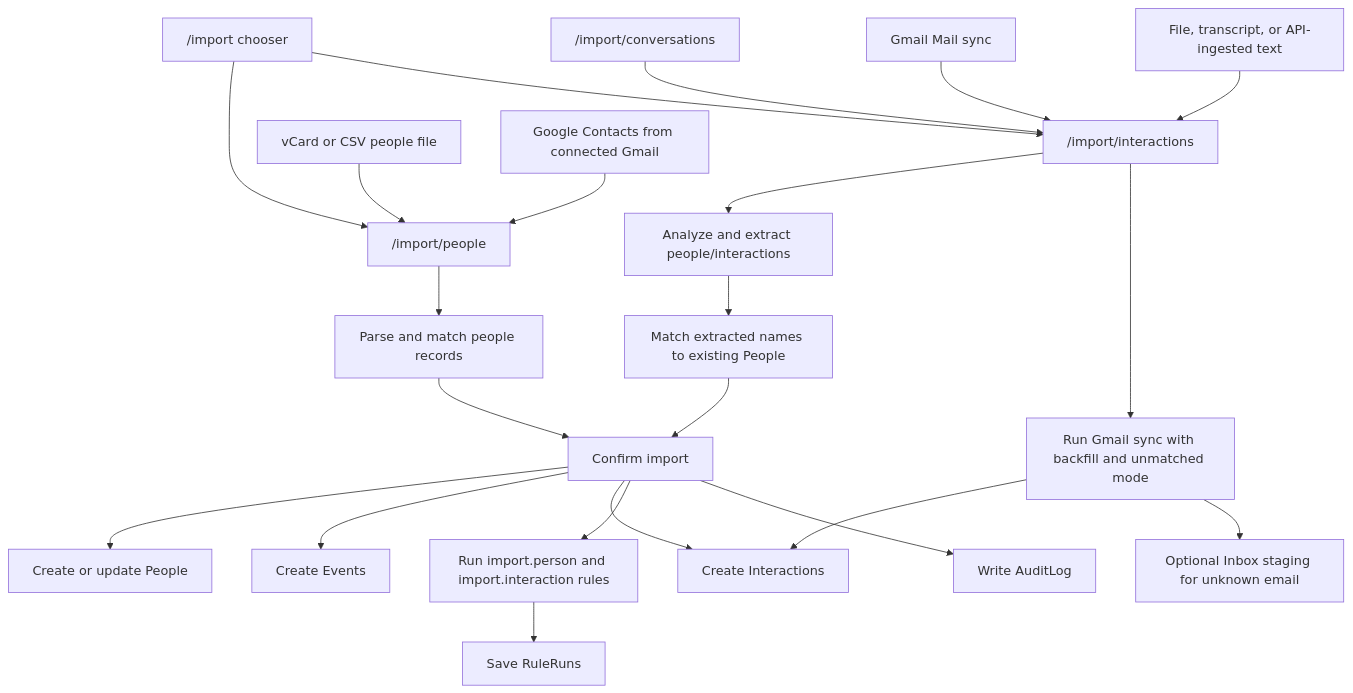
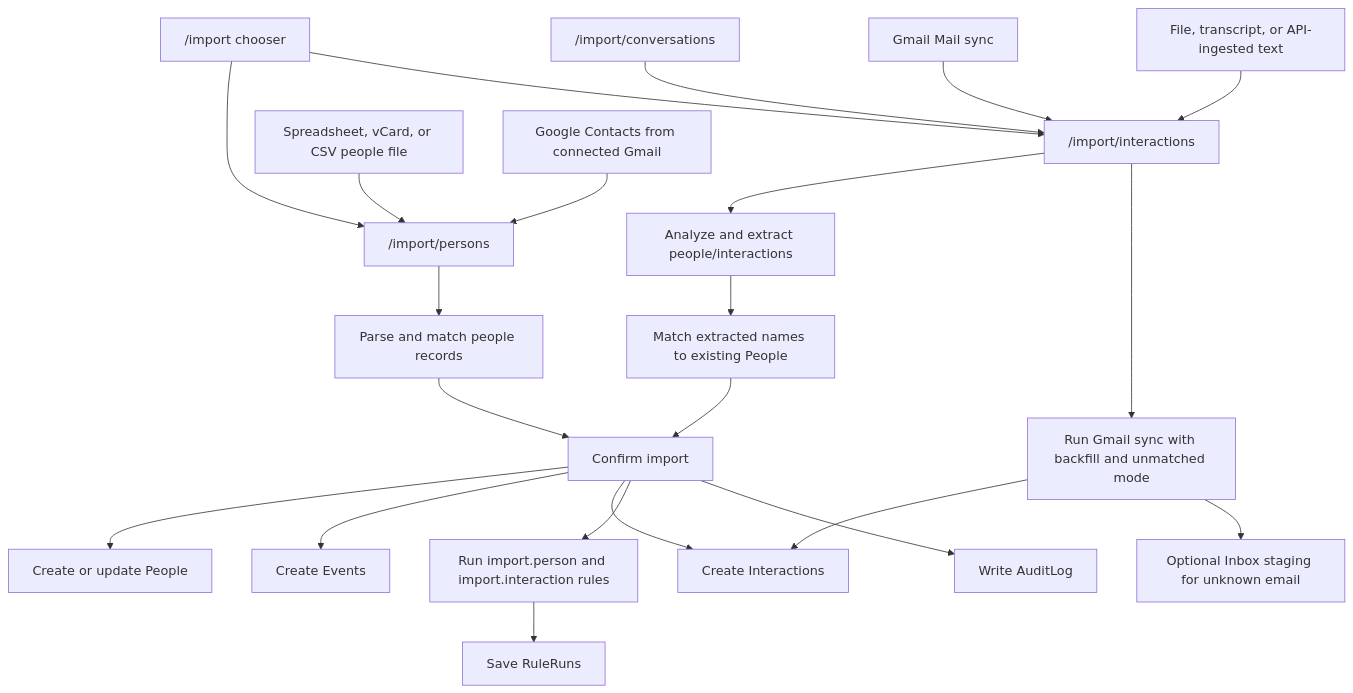
Before and after one commit to josephdfryer/life-os: the fifth of 20 diagrams in docs/PERSONS_ARCHITECTURE.md, drawn with Mermaid. The commit also changed other lines of this file and 8 other files, not shown here.

Commit message:
feat(persons): add spreadsheet people import

````diff
--- a/docs/PERSONS_ARCHITECTURE.md
+++ b/docs/PERSONS_ARCHITECTURE.md
@@ -187,24 +187,24 @@
 ```mermaid
 flowchart TD
-  ImportHub["/import chooser"] --> PeopleImport["/import/people"]
+  ImportHub["/import chooser"] --> PeopleImport["/import/persons"]
   ImportHub --> InteractionImport["/import/interactions"]
   LegacyConversation["/import/conversations"] --> InteractionImport
-  PeopleFile["vCard or CSV people file"] --> PeopleImport
+  PeopleFile["Spreadsheet, vCard, or CSV people file"] --> PeopleImport
   GoogleContacts["Google Contacts from connected Gmail"] --> PeopleImport
   GmailMail["Gmail Mail sync"] --> InteractionImport
   File["File, transcript, or API-ingested text"] --> InteractionImport
   InteractionImport --> Analyze["Analyze and extract people/interactions"]
   InteractionImport --> GmailSync["Run Gmail sync with backfill and unmatched mode"]
   PeopleImport --> ParsePeople["Parse and match people records"]
   ParsePeople --> Confirm
   Analyze --> MatchPeople["Match extracted names to existing People"]
   GmailSync --> Interactions
   GmailSync --> Inbox["Optional Inbox staging for unknown email"]
   MatchPeople --> Confirm["Confirm import"]
   Confirm --> People["Create or update People"]
   Confirm --> Events["Create Events"]
   Confirm --> Interactions["Create Interactions"]
   Confirm --> Rules["Run import.person and import.interaction rules"]
   Rules --> RuleRuns["Save RuleRuns"]
   Confirm --> Audit["Write AuditLog"]
 ```
````
